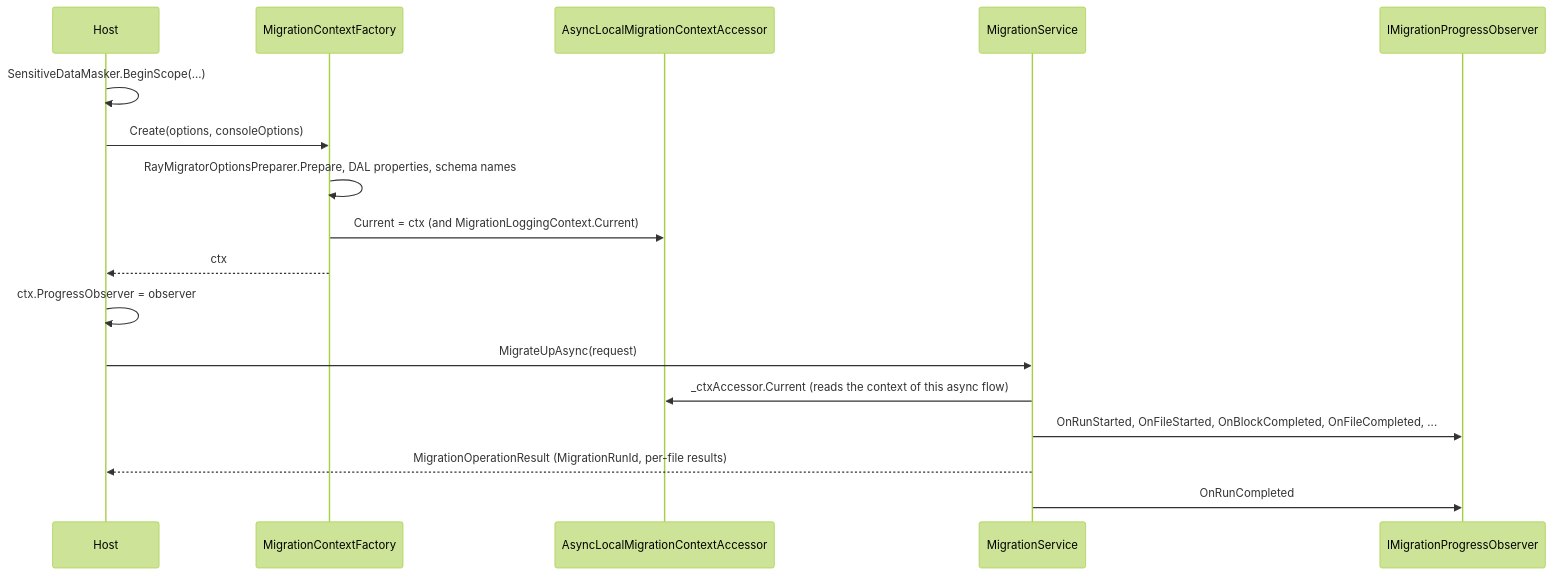
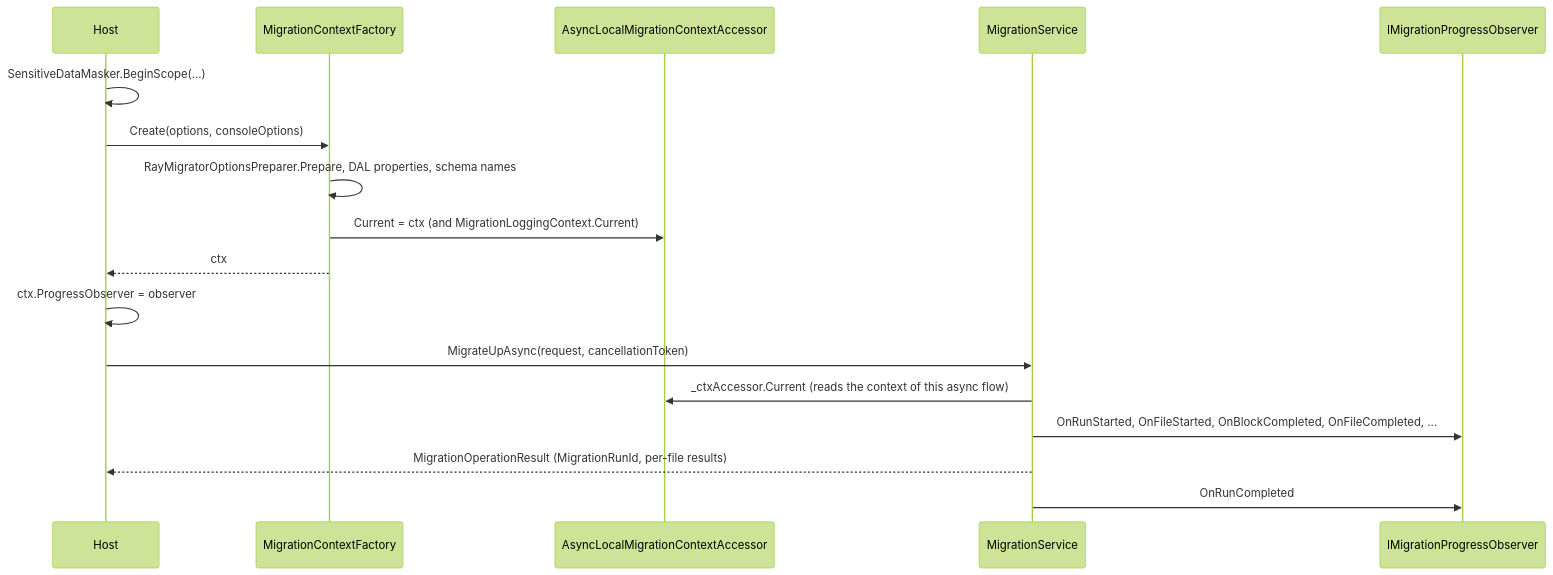
The first of 2 diagrams in Docs/02-core-concepts/migration-context.md (RAYCOON/RayMigrator), drawn with Mermaid (forest theme) before and after one commit. The commit also changed other lines of this file and 136 other files, not shown here.

````diff
--- a/Docs/02-core-concepts/migration-context.md
+++ b/Docs/02-core-concepts/migration-context.md
@@ -232,21 +250,21 @@
 ```mermaid
 sequenceDiagram
     participant Host
     participant Factory as MigrationContextFactory
     participant Accessor as AsyncLocalMigrationContextAccessor
     participant Svc as MigrationService
     participant Observer as IMigrationProgressObserver
 
     Host->>Host: SensitiveDataMasker.BeginScope(...)
     Host->>Factory: Create(options, consoleOptions)
     Factory->>Factory: RayMigratorOptionsPreparer.Prepare, DAL properties, schema names
     Factory->>Accessor: Current = ctx (and MigrationLoggingContext.Current)
     Factory-->>Host: ctx
     Host->>Host: ctx.ProgressObserver = observer
 
-    Host->>Svc: MigrateUpAsync(request)
+    Host->>Svc: MigrateUpAsync(request, cancellationToken)
     Svc->>Accessor: _ctxAccessor.Current (reads the context of this async flow)
     Svc->>Observer: OnRunStarted, OnFileStarted, OnBlockCompleted, OnFileCompleted, ...
     Svc-->>Host: MigrationOperationResult (MigrationRunId, per-file results)
     Svc->>Observer: OnRunCompleted
 ```
````
